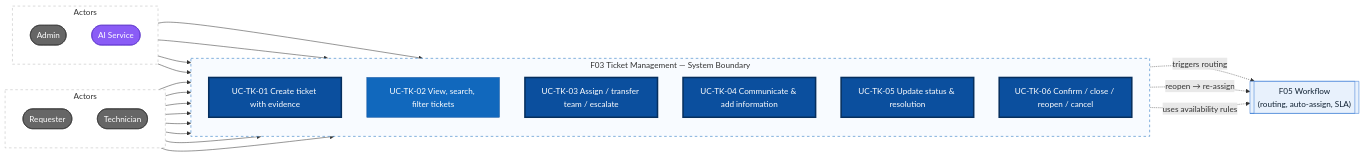
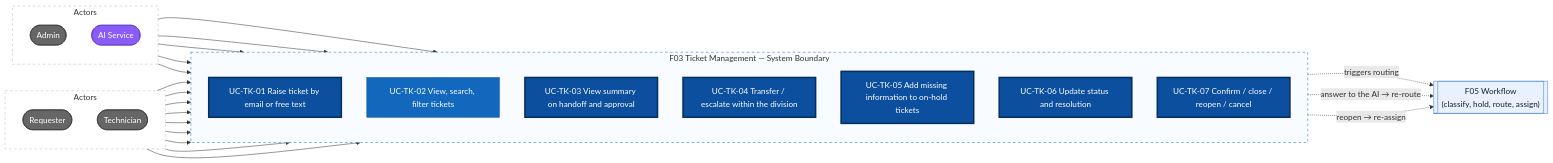
One commit to Akaza-ban/Fable changed the first of 2 diagrams in docs/f03-ticket-management/02-use-cases.md. Above: the diagram before and after it, drawn with Mermaid. The commit also changed other lines of this file and 9 other files, not shown here.

Commit message:
docs: align with mindmap

````diff
--- a/docs/f03-ticket-management/02-use-cases.md
+++ b/docs/f03-ticket-management/02-use-cases.md
@@ -50,48 +57,49 @@
 ```mermaid
 flowchart LR
     subgraph left["Actors"]
         direction TB
         requester(["Requester"])
         tech(["Technician"])
     end
 
     subgraph system["F03 Ticket Management — System Boundary"]
         direction TB
-        uc01["UC-TK-01 Create ticket with evidence"]
+        uc01["UC-TK-01 Raise ticket by email or free text"]
         uc02["UC-TK-02 View, search, filter tickets"]
-        uc03["UC-TK-03 Assign / transfer team / escalate"]
-        uc04["UC-TK-04 Communicate & add information"]
-        uc05["UC-TK-05 Update status & resolution"]
-        uc06["UC-TK-06 Confirm / close / reopen / cancel"]
+        uc03["UC-TK-03 View summary on handoff and approval"]
+        uc04["UC-TK-04 Transfer / escalate within the division"]
+        uc05["UC-TK-05 Add missing information to on-hold tickets"]
+        uc06["UC-TK-06 Update status and resolution"]
+        uc07["UC-TK-07 Confirm / close / reopen / cancel"]
     end
 
     subgraph right["Actors"]
         direction TB
         admin(["Admin"])
         ai(["AI Service"])
     end
 
-    wf[["F05 Workflow<br/>(routing, auto-assign, SLA)"]]
+    wf[["F05 Workflow<br/>(classify, hold, route, assign)"]]
 
-    requester --> uc01 & uc02 & uc04 & uc06
-    tech --> uc02 & uc03 & uc04 & uc05
-    admin --> uc02 & uc03 & uc06
-    ai --> uc04
+    requester --> uc01 & uc02 & uc05 & uc07
+    tech --> uc02 & uc03 & uc04 & uc05 & uc06
+    admin --> uc02 & uc03 & uc04 & uc07
+    ai --> uc03
     uc01 -. "triggers routing" .-> wf
-    uc06 -. "reopen → re-assign" .-> wf
-    uc03 -. "uses availability rules" .-> wf
+    uc05 -. "answer to the AI → re-route" .-> wf
+    uc07 -. "reopen → re-assign" .-> wf
 
     classDef actor fill:#666,color:#fff,stroke:#333
     classDef sysactor fill:#8a5cf6,color:#fff,stroke:#5b34c9
     classDef core fill:#0b4f9e,color:#fff,stroke:#062f5e,stroke-width:3px
     classDef usecase fill:#1168bd,color:#fff,stroke:#0b4f9e
     classDef ext fill:#e8f1fc,color:#123,stroke:#3a7bd5
     class requester,tech,admin actor
     class ai sysactor
-    class uc01,uc03,uc04,uc05,uc06 core
+    class uc01,uc03,uc04,uc05,uc06,uc07 core
     class uc02 usecase
     class wf ext
     style left fill:#fff,stroke:#bbb,stroke-dasharray:5 5
     style right fill:#fff,stroke:#bbb,stroke-dasharray:5 5
     style system fill:#f8fbff,stroke:#1168bd,stroke-dasharray:5 5
 ```
````
